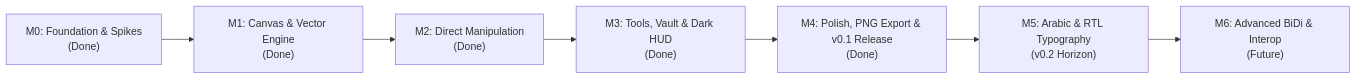
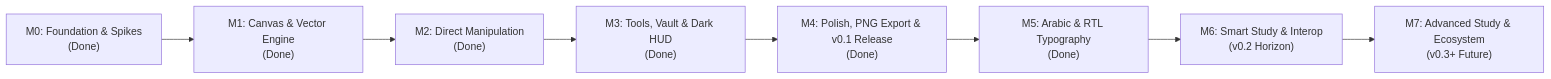
The diagram in docs/roadmap.md (ofuqq/lawh), drawn with Mermaid before and after one commit. The commit also changed other lines of this file and 3 other files, not shown here.

Commit message:
docs: add next-path research report, v0.1.0 builder report, and v0.2.0 roadmap

````diff
--- a/docs/roadmap.md
+++ b/docs/roadmap.md
@@ -7,9 +7,10 @@
 ```mermaid
 flowchart LR
     M0["M0: Foundation & Spikes<br/>(Done)"] --> M1["M1: Canvas & Vector Engine<br/>(Done)"]
     M1 --> M2["M2: Direct Manipulation<br/>(Done)"]
     M2 --> M3["M3: Tools, Vault & Dark HUD<br/>(Done)"]
     M3 --> M4["M4: Polish, PNG Export & v0.1 Release<br/>(Done)"]
-    M4 --> M5["M5: Arabic & RTL Typography<br/>(v0.2 Horizon)"]
-    M5 --> M6["M6: Advanced BiDi & Interop<br/>(Future)"]
+    M4 --> M5["M5: Arabic & RTL Typography<br/>(Done)"]
+    M5 --> M6["M6: Smart Study & Interop<br/>(v0.2 Horizon)"]
+    M6 --> M7["M7: Advanced Study & Ecosystem<br/>(v0.3+ Future)"]
 ```
````
